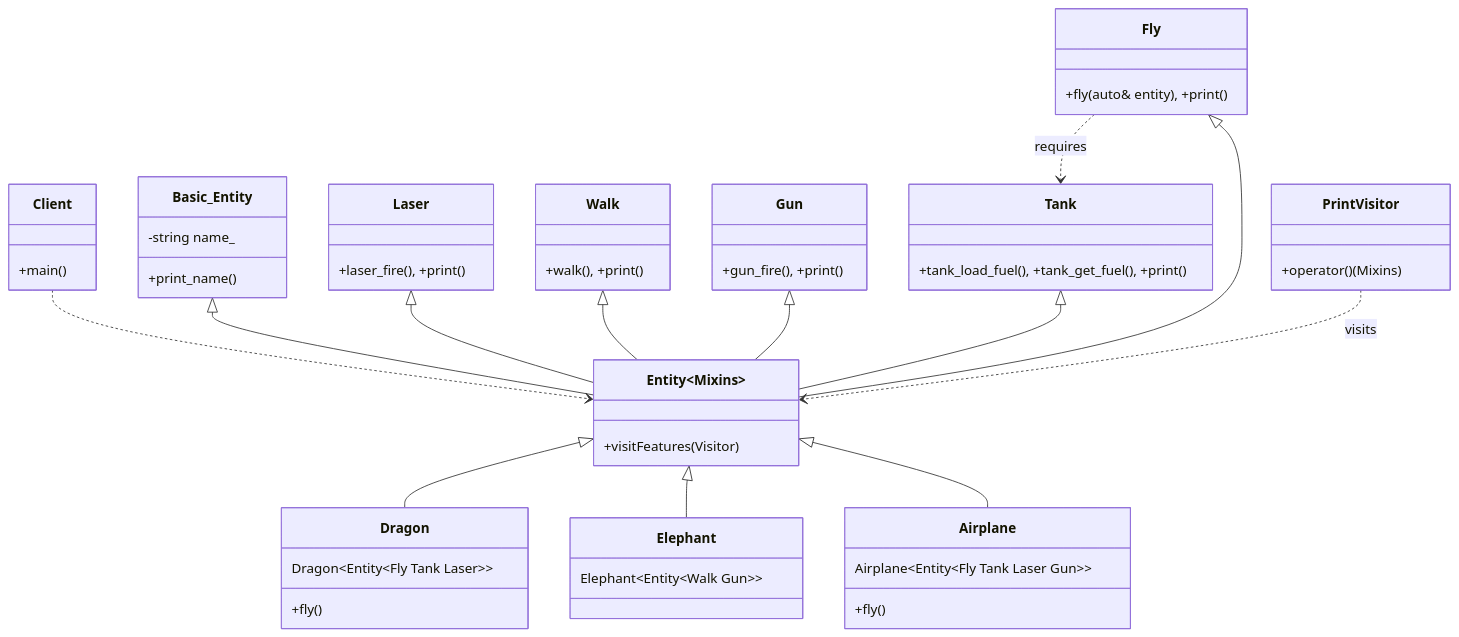
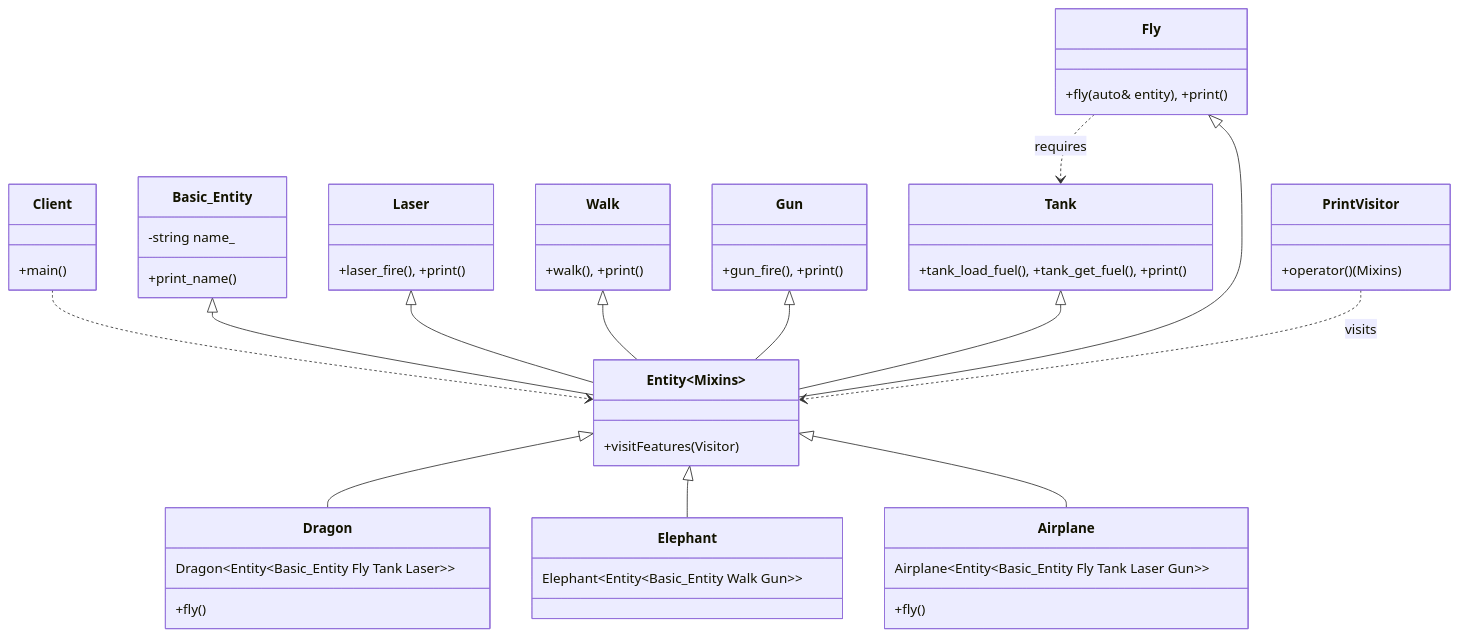
One commit to Cichlidfishexigency721/Modern-CPP-Design-Patterns changed the diagram in 15_Mixin/02_Advanced/diagram.md. Above: the diagram before and after it, drawn with Mermaid. The commit also changed 1 other file, not shown here.

Commit message:
UML improvement

````diff
--- a/15_Mixin/02_Advanced/diagram.md
+++ b/15_Mixin/02_Advanced/diagram.md
@@ -3,61 +3,61 @@
 ```mermaid
 classDiagram
 %%---------------------------------------------------------------------- Main:
    class Client {
       +main()
    }
 
 %%---------------------------------------------------- Features (Mixin Parts):
    class Laser { +laser_fire(), +print() }
    class Walk { +walk(), +print() }
    class Gun { +gun_fire(), +print() }
    class Tank { +tank_load_fuel(), +tank_get_fuel(), +print() }
    class Fly { +fly(auto& entity), +print() }
 
 %%--------------------------------------------------------------------- Entity:
    class Basic_Entity {
       -string name_
       +print_name()
    }
 
    class Entity~Mixins~ {
       +visitFeatures(Visitor)
    }
 
 %%------------------------------------------------------------ Mixin Entities:
    class Dragon {
-      Dragon~Entity~Fly Tank Laser~~
+      Dragon~Entity~Basic_Entity Fly Tank Laser~~
       +fly()
    }
    class Elephant {
-      Elephant~Entity~Walk Gun~~
+      Elephant~Entity~Basic_Entity Walk Gun~~
    }
    class Airplane {
-      Airplane~Entity~Fly Tank Laser Gun~~
+      Airplane~Entity~Basic_Entity Fly Tank Laser Gun~~
       +fly()
    }
 
    class PrintVisitor {
       +operator()(Mixins)
    }
 
 %%----------------------------------------------------------- UML Composition:
    Client ..> Entity~Mixins~
 
    %% Multiple Inheritance (Horizontal Composition)
    Basic_Entity <|-- Entity~Mixins~
    Laser <|-- Entity~Mixins~
    Walk <|-- Entity~Mixins~
    Gun <|-- Entity~Mixins~
    Tank <|-- Entity~Mixins~
    Fly <|-- Entity~Mixins~
 
    %% Specific Entities
    Entity~Mixins~ <|-- Dragon
    Entity~Mixins~ <|-- Elephant
    Entity~Mixins~ <|-- Airplane
 
    %% Dependencies
    Fly ..> Tank : requires
    PrintVisitor ..> Entity~Mixins~ : visits
 ```
````
